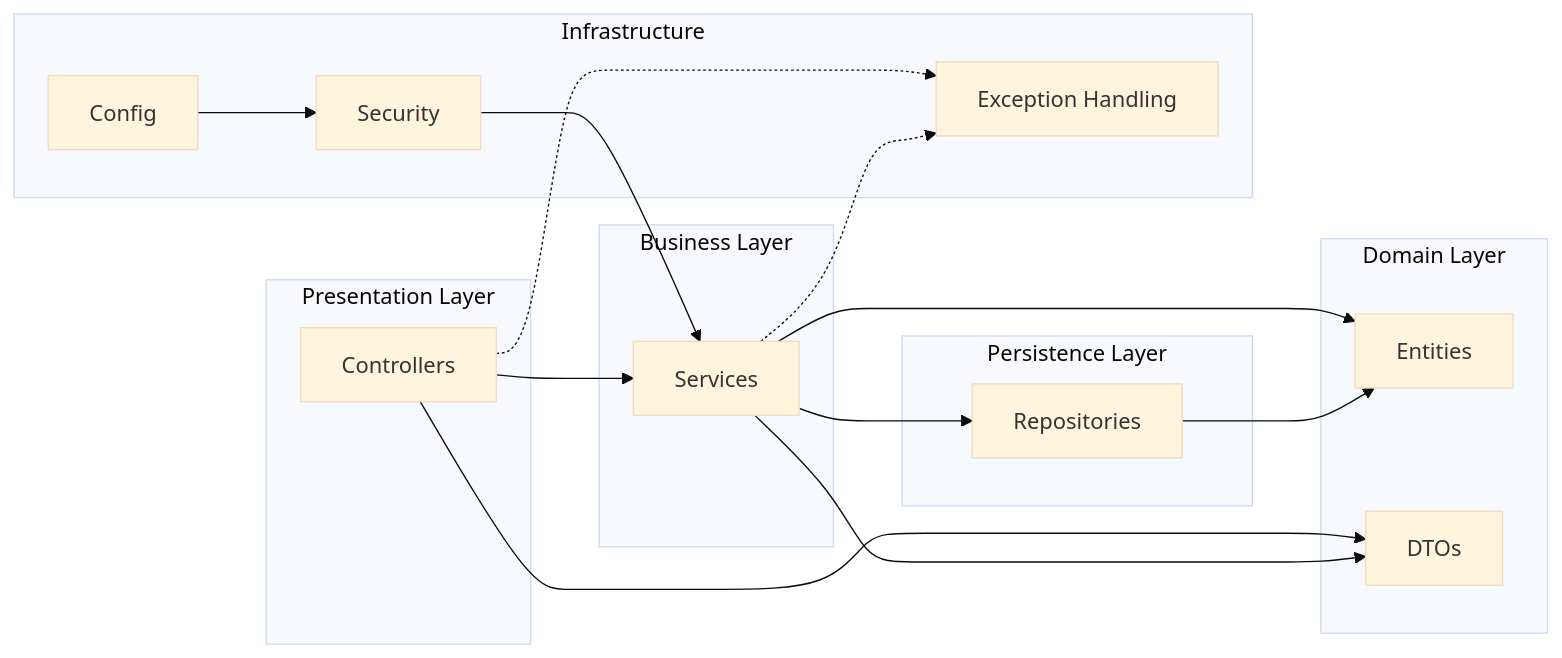
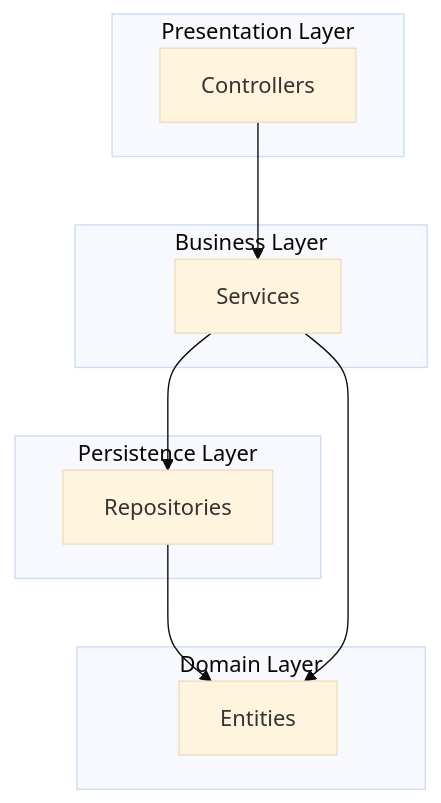
The second of 2 diagrams in docs/package-diagram.md (Ddogan-zip/ddoganzip-backend), drawn with Mermaid (base theme) before and after one commit. The commit also changed other lines of this file, not shown here.

Commit message:
Simplify package diagram to show hierarchy only

````diff
--- a/docs/package-diagram.md
+++ b/docs/package-diagram.md
@@ -107,37 +62,23 @@
 ```mermaid
-flowchart LR
+graph TB
     subgraph Presentation["Presentation Layer"]
-        Controllers["Controllers"]
+        Controllers[Controllers]
     end
 
     subgraph Business["Business Layer"]
-        Services["Services"]
+        Services[Services]
     end
 
     subgraph Persistence["Persistence Layer"]
-        Repositories["Repositories"]
+        Repositories[Repositories]
     end
 
     subgraph Domain["Domain Layer"]
-        Entities["Entities"]
-        DTOs["DTOs"]
-    end
-
-    subgraph Infrastructure["Infrastructure"]
-        Config["Config"]
-        Security["Security"]
-        Exception["Exception Handling"]
+        Entities[Entities]
     end
 
     Controllers --> Services
     Services --> Repositories
+    Repositories --> Entities
     Services --> Entities
-    Controllers --> DTOs
-    Services --> DTOs
-    Repositories --> Entities
-
-    Config --> Security
-    Security --> Services
-    Controllers -.-> Exception
-    Services -.-> Exception
 ```
````
